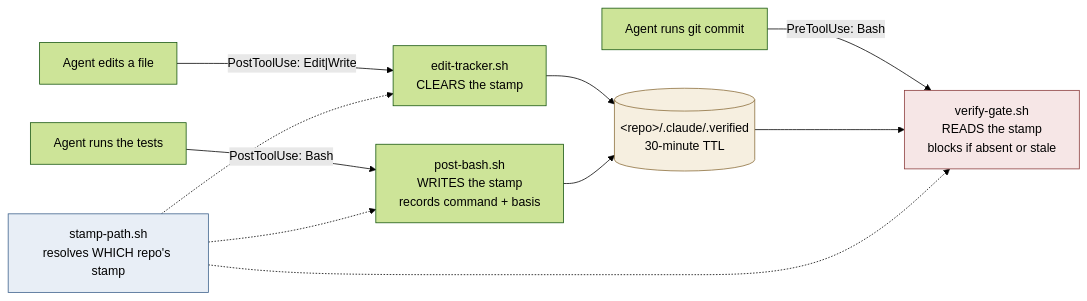
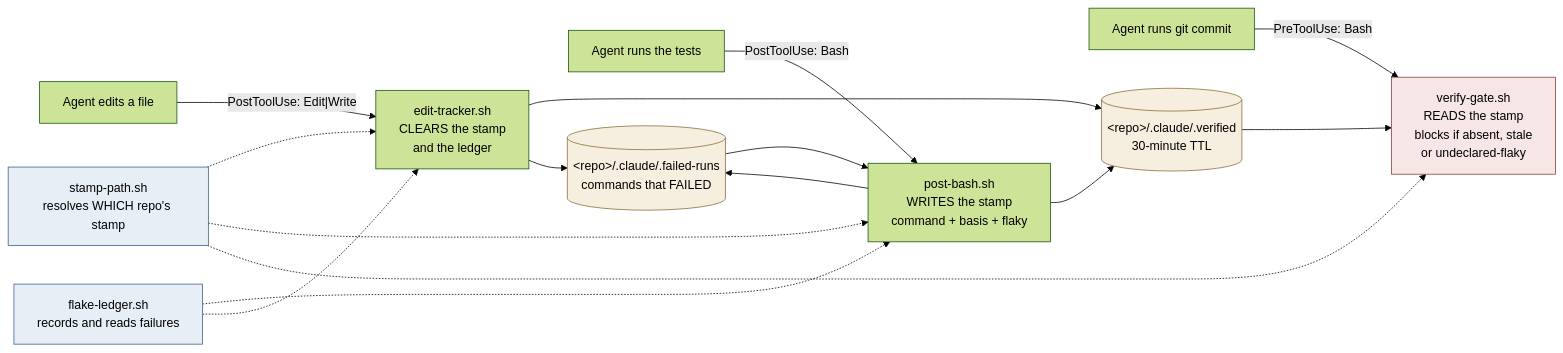
The first of 2 diagrams in README.md (serina-mcfall/agent-verification-kit), drawn with Mermaid (forest theme) before and after one commit. The commit also changed other lines of this file and 1 other file, not shown here.

````diff
--- a/README.md
+++ b/README.md
@@ -124,18 +155,27 @@
 ```mermaid
 flowchart LR
-    E["Agent edits a file"] -->|"PostToolUse: Edit|Write"| ET["edit-tracker.sh<br/>CLEARS the stamp"]
-    T["Agent runs the tests"] -->|"PostToolUse: Bash"| PB["post-bash.sh<br/>WRITES the stamp<br/>records command + basis"]
-    C["Agent runs git commit"] -->|"PreToolUse: Bash"| VG["verify-gate.sh<br/>READS the stamp<br/>blocks if absent or stale"]
+    E["Agent edits a file"] -->|"PostToolUse: Edit|Write"| ET["edit-tracker.sh<br/>CLEARS the stamp<br/>and the ledger"]
+    T["Agent runs the tests"] -->|"PostToolUse: Bash"| PB["post-bash.sh<br/>WRITES the stamp<br/>command + basis + flaky"]
+    C["Agent runs git commit"] -->|"PreToolUse: Bash"| VG["verify-gate.sh<br/>READS the stamp<br/>blocks if absent, stale<br/>or undeclared-flaky"]
 
     ET --> S[("&lt;repo&gt;/.claude/.verified<br/>30-minute TTL")]
     PB --> S
     S --> VG
 
+    PB --> L[("&lt;repo&gt;/.claude/.failed-runs<br/>commands that FAILED")]
+    L --> PB
+    ET --> L
+
     SP["stamp-path.sh<br/>resolves WHICH repo's stamp"] -.-> ET
     SP -.-> PB
     SP -.-> VG
 
+    FL["flake-ledger.sh<br/>records and reads failures"] -.-> PB
+    FL -.-> ET
+
     style S fill:#f6efe0,stroke:#8a6d3a
+    style L fill:#f6efe0,stroke:#8a6d3a
     style VG fill:#f6e6e6,stroke:#8a3a3a
     style SP fill:#e8eef6,stroke:#3a5f8a
+    style FL fill:#e8eef6,stroke:#3a5f8a
 ```
````
